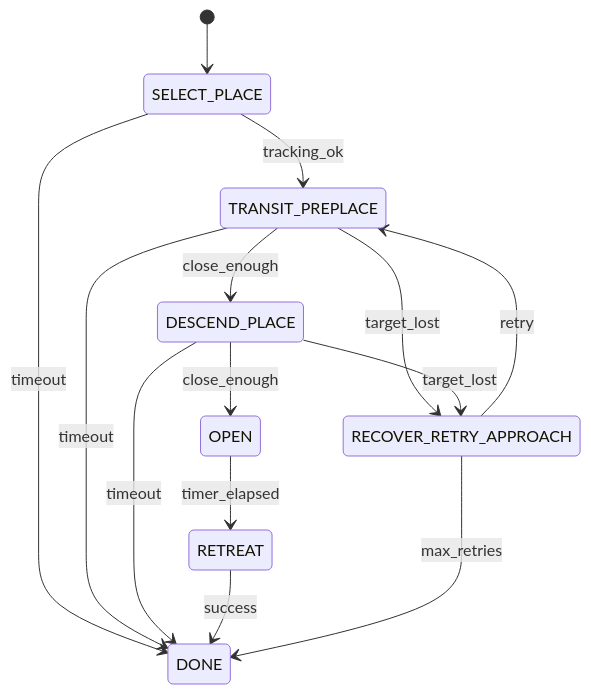
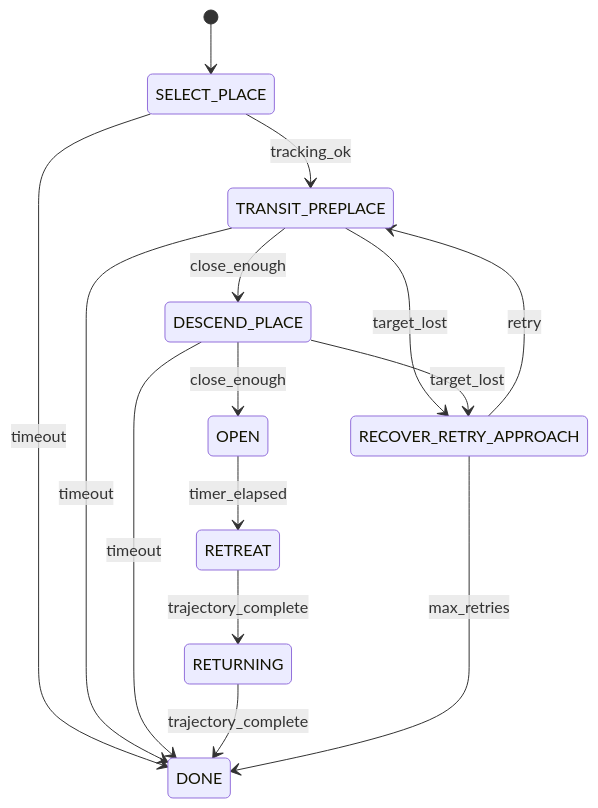
Before and after one commit to andrei-ace/HALO: the diagram in configs/skills/place/default.mmd, drawn with Mermaid. The commit also changed 17 other files, not shown here.

```diff
--- a/configs/skills/place/default.mmd
+++ b/configs/skills/place/default.mmd
@@ -1,14 +1,15 @@
 stateDiagram-v2
     [*] --> SELECT_PLACE
     SELECT_PLACE --> TRANSIT_PREPLACE : tracking_ok
     SELECT_PLACE --> DONE : timeout
     TRANSIT_PREPLACE --> DESCEND_PLACE : close_enough
     TRANSIT_PREPLACE --> RECOVER_RETRY_APPROACH : target_lost
     TRANSIT_PREPLACE --> DONE : timeout
     DESCEND_PLACE --> OPEN : close_enough
     DESCEND_PLACE --> RECOVER_RETRY_APPROACH : target_lost
     DESCEND_PLACE --> DONE : timeout
     OPEN --> RETREAT : timer_elapsed
-    RETREAT --> DONE : success
+    RETREAT --> RETURNING : trajectory_complete
+    RETURNING --> DONE : trajectory_complete
     RECOVER_RETRY_APPROACH --> TRANSIT_PREPLACE : retry
     RECOVER_RETRY_APPROACH --> DONE : max_retries
```
